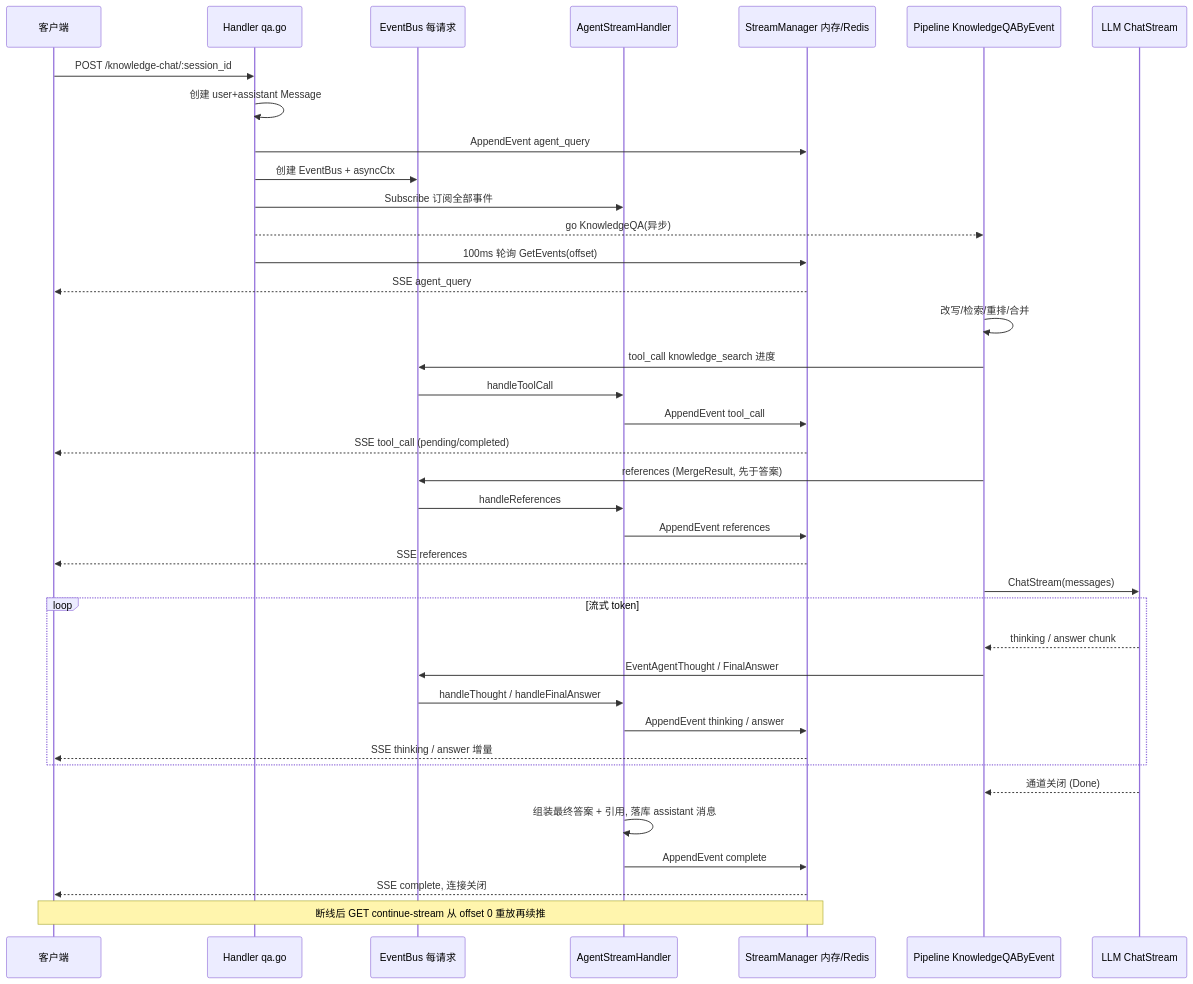
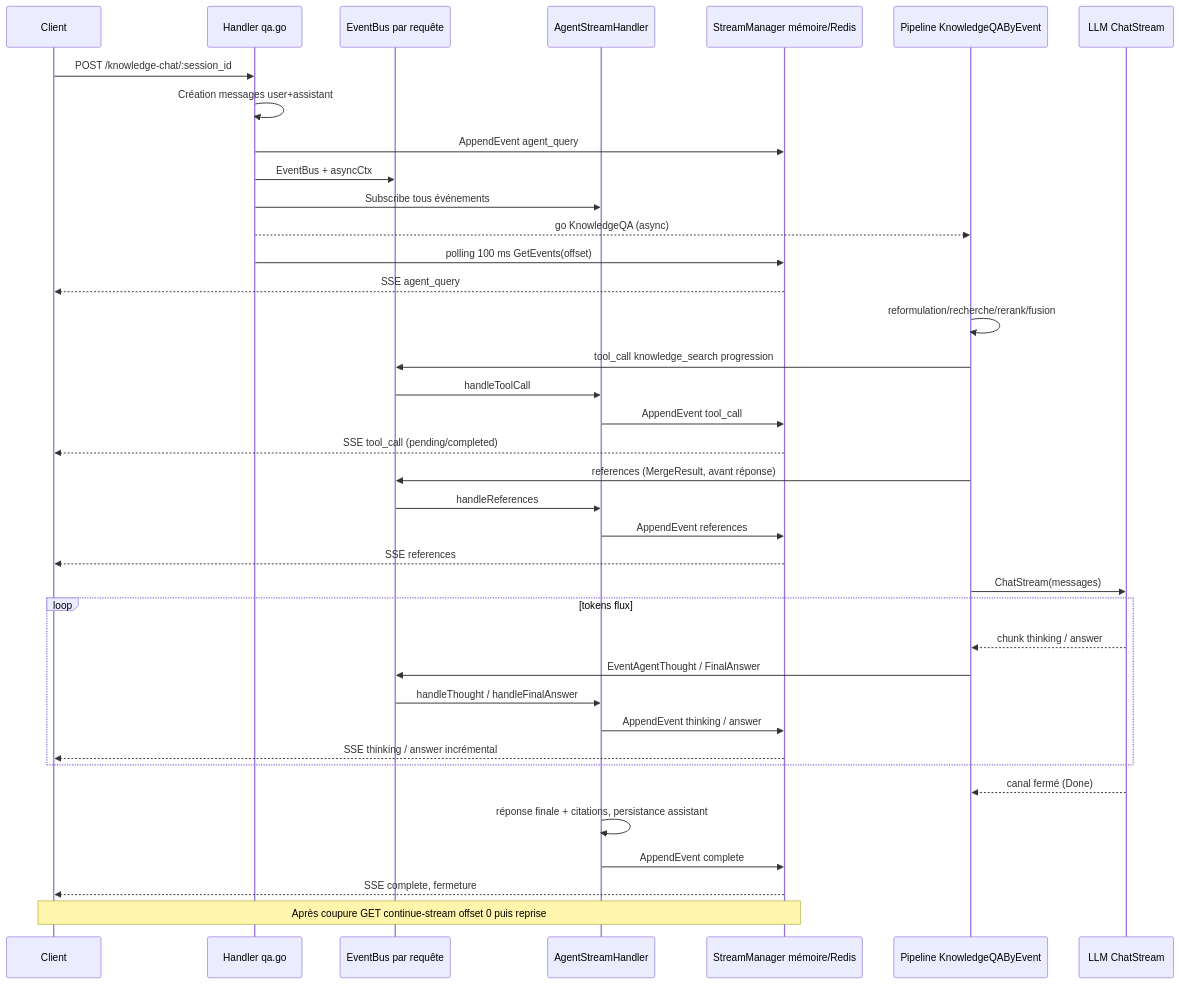
One commit to samiriggui-code/gsms-template changed the third of 3 diagrams in website-docs/02-architecture/04-rag-pipeline.md. Above: the diagram before and after it, drawn with Mermaid. The commit also changed other lines of this file and 301 other files, not shown here.

````diff
--- a/website-docs/02-architecture/04-rag-pipeline.md
+++ b/website-docs/02-architecture/04-rag-pipeline.md
@@ -426,41 +426,41 @@
 ```mermaid
 sequenceDiagram
-    participant C as 客户端
+    participant C as Client
     participant H as Handler qa.go
-    participant B as EventBus 每请求
+    participant B as EventBus par requête
     participant S as AgentStreamHandler
-    participant M as StreamManager 内存/Redis
+    participant M as StreamManager mémoire/Redis
     participant P as Pipeline KnowledgeQAByEvent
     participant L as LLM ChatStream
 
     C->>H: POST /knowledge-chat/:session_id
-    H->>H: 创建 user+assistant Message
+    H->>H: Création messages user+assistant
     H->>M: AppendEvent agent_query
-    H->>B: 创建 EventBus + asyncCtx
-    H->>S: Subscribe 订阅全部事件
-    H-->>P: go KnowledgeQA(异步)
-    H->>M: 100ms 轮询 GetEvents(offset)
+    H->>B: EventBus + asyncCtx
+    H->>S: Subscribe tous événements
+    H-->>P: go KnowledgeQA (async)
+    H->>M: polling 100 ms GetEvents(offset)
     M-->>C: SSE agent_query
-    P->>P: 改写/检索/重排/合并
-    P->>B: tool_call knowledge_search 进度
+    P->>P: reformulation/recherche/rerank/fusion
+    P->>B: tool_call knowledge_search progression
     B->>S: handleToolCall
     S->>M: AppendEvent tool_call
     M-->>C: SSE tool_call (pending/completed)
-    P->>B: references (MergeResult, 先于答案)
+    P->>B: references (MergeResult, avant réponse)
     B->>S: handleReferences
     S->>M: AppendEvent references
     M-->>C: SSE references
     P->>L: ChatStream(messages)
-    loop 流式 token
-        L-->>P: thinking / answer chunk
+    loop tokens flux
+        L-->>P: chunk thinking / answer
         P->>B: EventAgentThought / FinalAnswer
         B->>S: handleThought / handleFinalAnswer
         S->>M: AppendEvent thinking / answer
-        M-->>C: SSE thinking / answer 增量
+        M-->>C: SSE thinking / answer incrémental
     end
-    L-->>P: 通道关闭 (Done)
-    S->>S: 组装最终答案 + 引用, 落库 assistant 消息
+    L-->>P: canal fermé (Done)
+    S->>S: réponse finale + citations, persistance assistant
     S->>M: AppendEvent complete
-    M-->>C: SSE complete, 连接关闭
-    Note over C,M: 断线后 GET continue-stream 从 offset 0 重放再续推
+    M-->>C: SSE complete, fermeture
+    Note over C,M: Après coupure GET continue-stream offset 0 puis reprise
 ```
````
